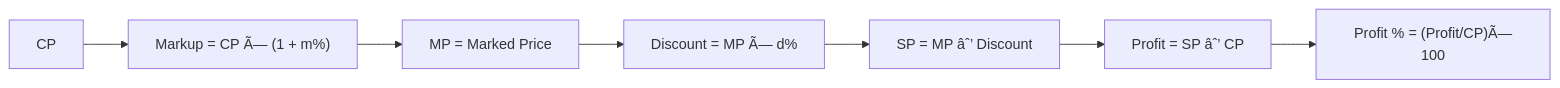
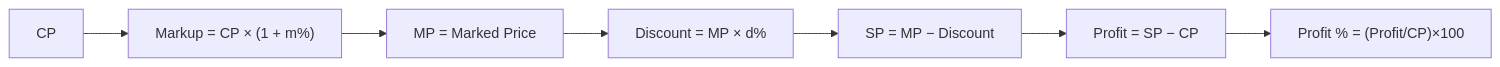
The ninth of 11 diagrams in docs/courses/quantitative-aptitude/01-arithmetic-foundation.md (Raushan666java/ai-engineering-journey), drawn with Mermaid before and after one commit. The commit also changed other lines of this file and 965 other files, not shown here.

````diff
--- a/docs/courses/quantitative-aptitude/01-arithmetic-foundation.md
+++ b/docs/courses/quantitative-aptitude/01-arithmetic-foundation.md
@@ -1083,9 +1083,9 @@
 ```mermaid
 flowchart LR
-    A["CP"] --> B["Markup = CP Ã— (1 + m%)"]
+    A["CP"] --> B["Markup = CP × (1 + m%)"]
     B --> C["MP = Marked Price"]
-    C --> D["Discount = MP Ã— d%"]
-    D --> E["SP = MP âˆ’ Discount"]
-    E --> F["Profit = SP âˆ’ CP"]
-    F --> G["Profit % = (Profit/CP)Ã—100"]
+    C --> D["Discount = MP × d%"]
+    D --> E["SP = MP − Discount"]
+    E --> F["Profit = SP − CP"]
+    F --> G["Profit % = (Profit/CP)×100"]
 ```
````
